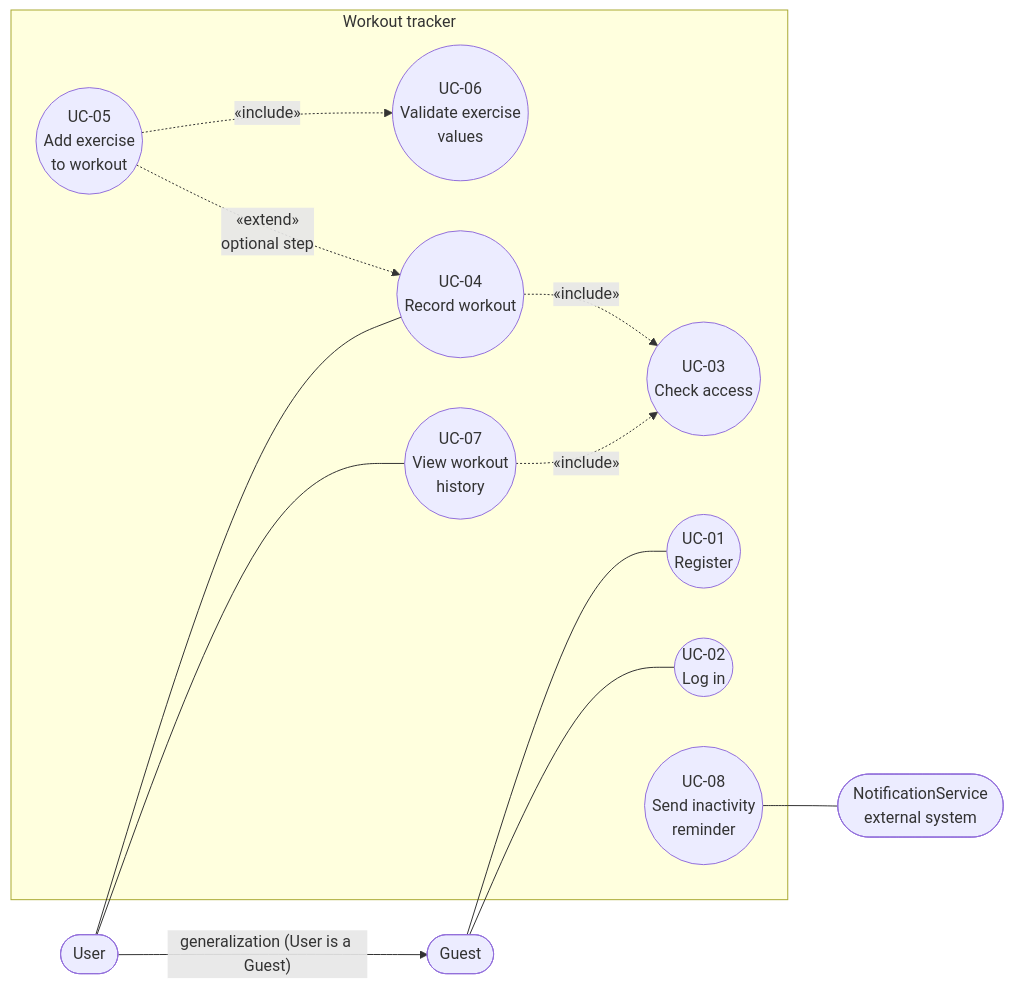
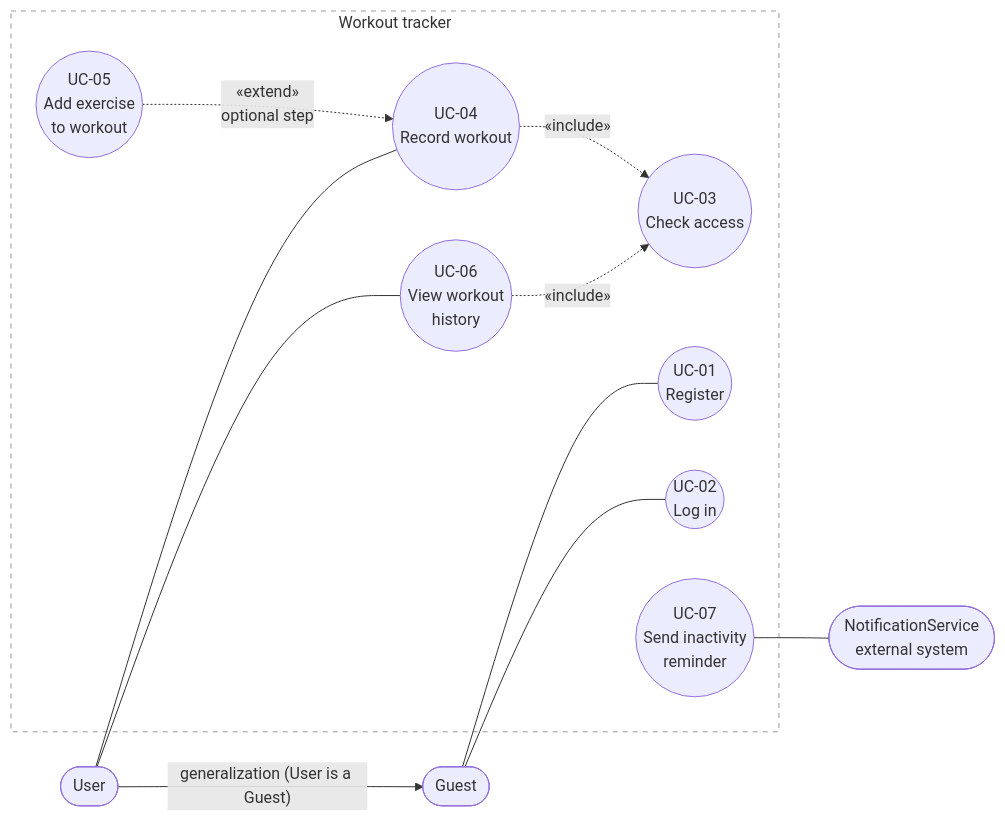
The diagram in task-2/use-case.md (setlors/kpi-2), drawn with Mermaid before and after one commit. The commit also changed other lines of this file and 1 other file, not shown here.

````diff
--- a/task-2/use-case.md
+++ b/task-2/use-case.md
@@ -9,35 +12,35 @@
 ```mermaid
 flowchart LR
     Guest([Guest])
     User([User])
     NS([NotificationService<br/>external system])
 
     subgraph SYS[Workout tracker]
         UC01((UC-01<br/>Register))
         UC02((UC-02<br/>Log in))
         UC03((UC-03<br/>Check access))
         UC04((UC-04<br/>Record workout))
         UC05((UC-05<br/>Add exercise<br/>to workout))
-        UC06((UC-06<br/>Validate exercise<br/>values))
-        UC07((UC-07<br/>View workout<br/>history))
-        UC08((UC-08<br/>Send inactivity<br/>reminder))
+        UC06((UC-06<br/>View workout<br/>history))
+        UC07((UC-07<br/>Send inactivity<br/>reminder))
     end
 
     %% generalization
     User -- "generalization (User is a Guest)" --> Guest
 
     %% associations
     Guest --- UC01
     Guest --- UC02
     User --- UC04
-    User --- UC07
-    UC08 --- NS
+    User --- UC06
+    UC07 --- NS
 
     %% include
     UC04 -. "«include»" .-> UC03
-    UC07 -. "«include»" .-> UC03
-    UC05 -. "«include»" .-> UC06
+    UC06 -. "«include»" .-> UC03
 
     %% extend
     UC05 -. "«extend»<br/>optional step" .-> UC04
+
+    style SYS fill:none,stroke:#999,stroke-dasharray:5 5
 ```
````
